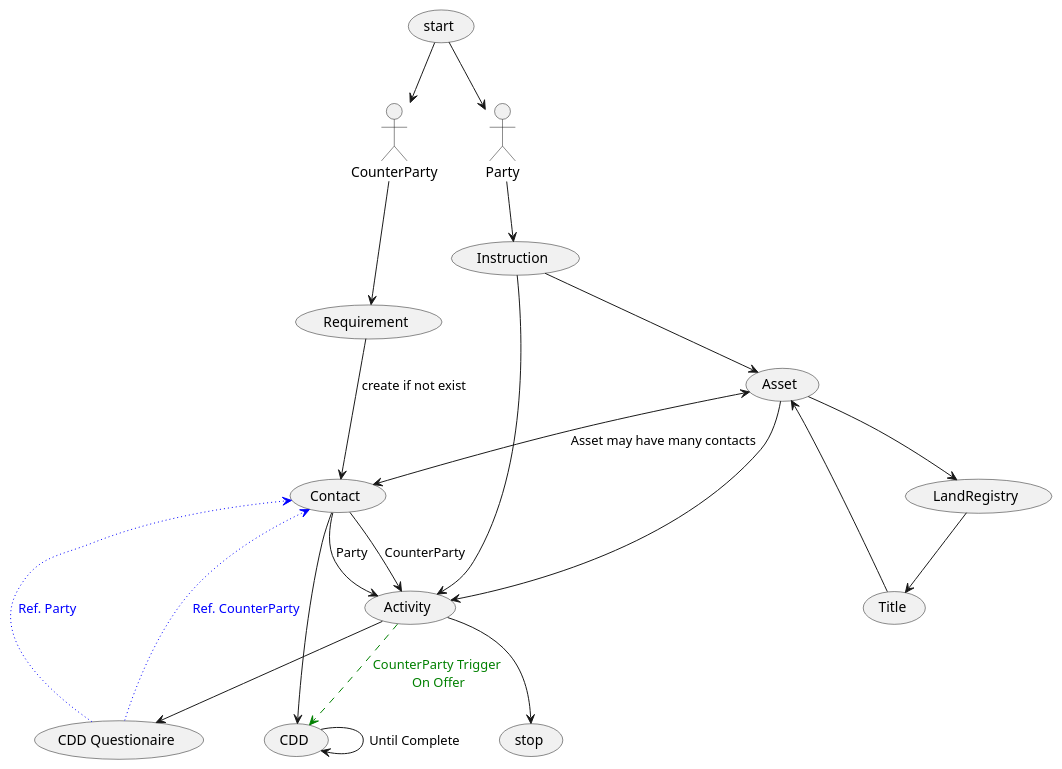
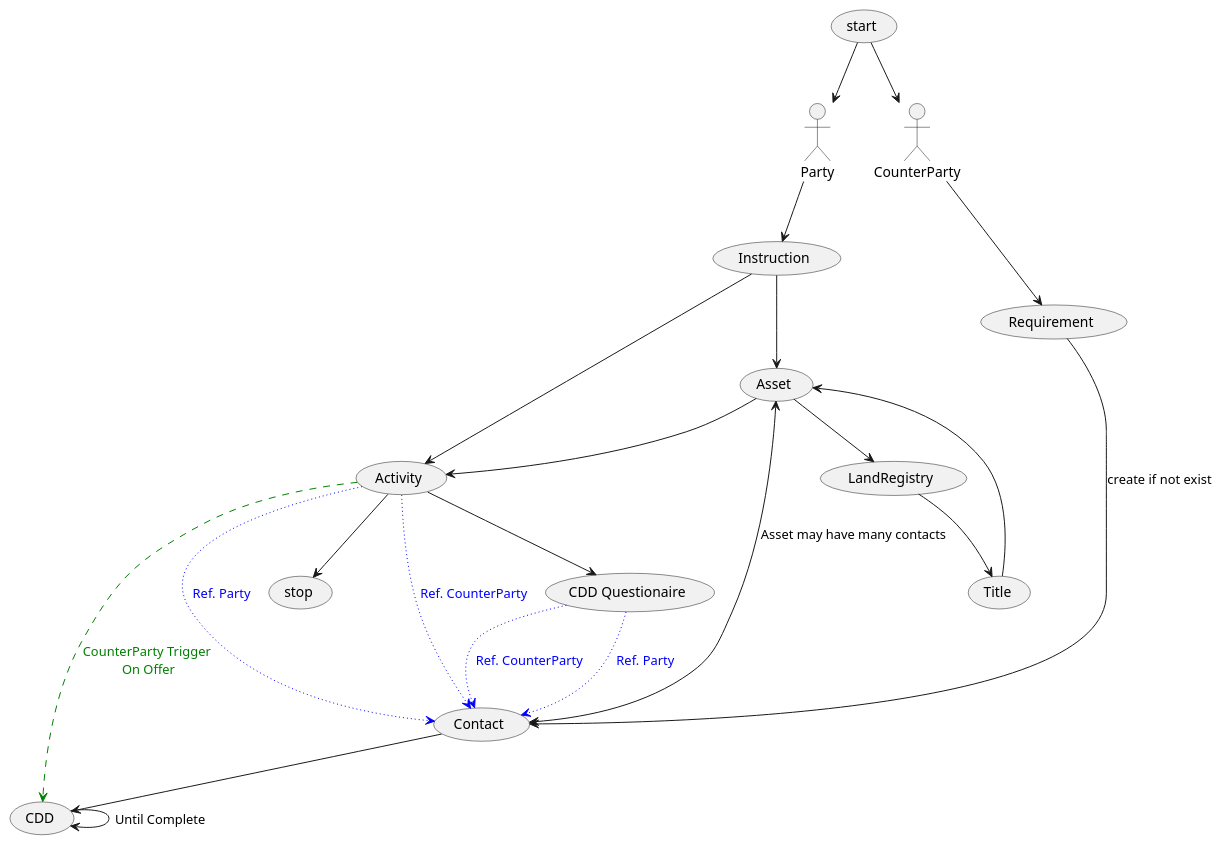
The diagram in assets/CDD/Cdd-CounterParty.puml (Kf-GaryNewport/Kf-GaryNewport.github.io), drawn with PlantUML before and after one commit.

```diff
--- a/assets/CDD/Cdd-CounterParty.puml
+++ b/assets/CDD/Cdd-CounterParty.puml
@@ -1,33 +1,33 @@
 @startuml cdd CounterParty
 
 
 (start) --> Party
 (start) --> CounterParty
 
 Party --> (Instruction)
 CounterParty --> (Requirement)
 
 (Requirement) --> (Contact) : create if not exist
 
 (Instruction) --> (Asset)
 (Asset) --> (LandRegistry) 
 (LandRegistry)  --> (Title)
 (Title) --> (Asset)
 (Asset) <--> (Contact) : Asset may have many contacts
 (Contact) --> (CDD)
 (CDD) --> (CDD) : Until Complete
 
 (Instruction) --> (Activity)
 (Asset) --> (Activity)
-(Contact) --> (Activity) : Party
-(Contact) --> (Activity) : CounterParty
+(Activity) --> (Contact) #blue;line.dotted;text:blue : Ref. Party
+(Activity) --> (Contact) #blue;line.dotted;text:blue : Ref. CounterParty
 (Activity) --> (CDD Questionaire)
 
 (CDD Questionaire) ..> (Contact) #blue;line.dotted;text:blue : Ref. Party
 (CDD Questionaire) ..> (Contact) #blue;line.dotted;text:blue : Ref. CounterParty
 
 (Activity) ..> (CDD) #green;line.dashed;text:green : CounterParty Trigger\n On Offer
 
 (Activity) --> (stop)
 
 @enduml
```
